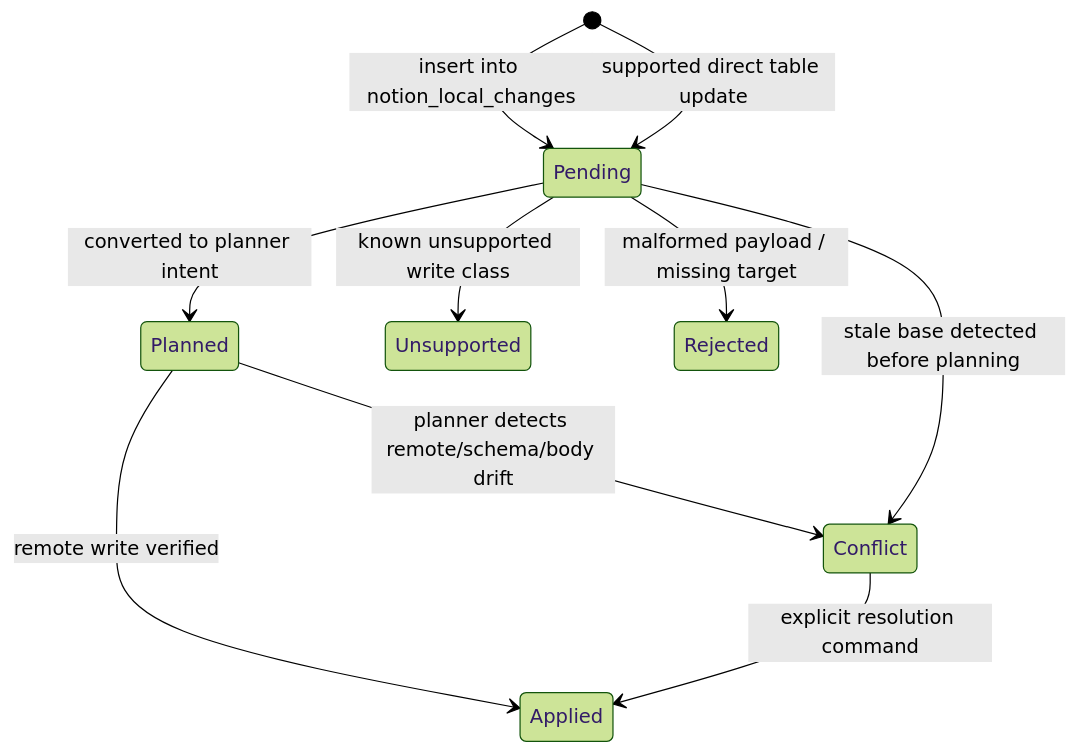
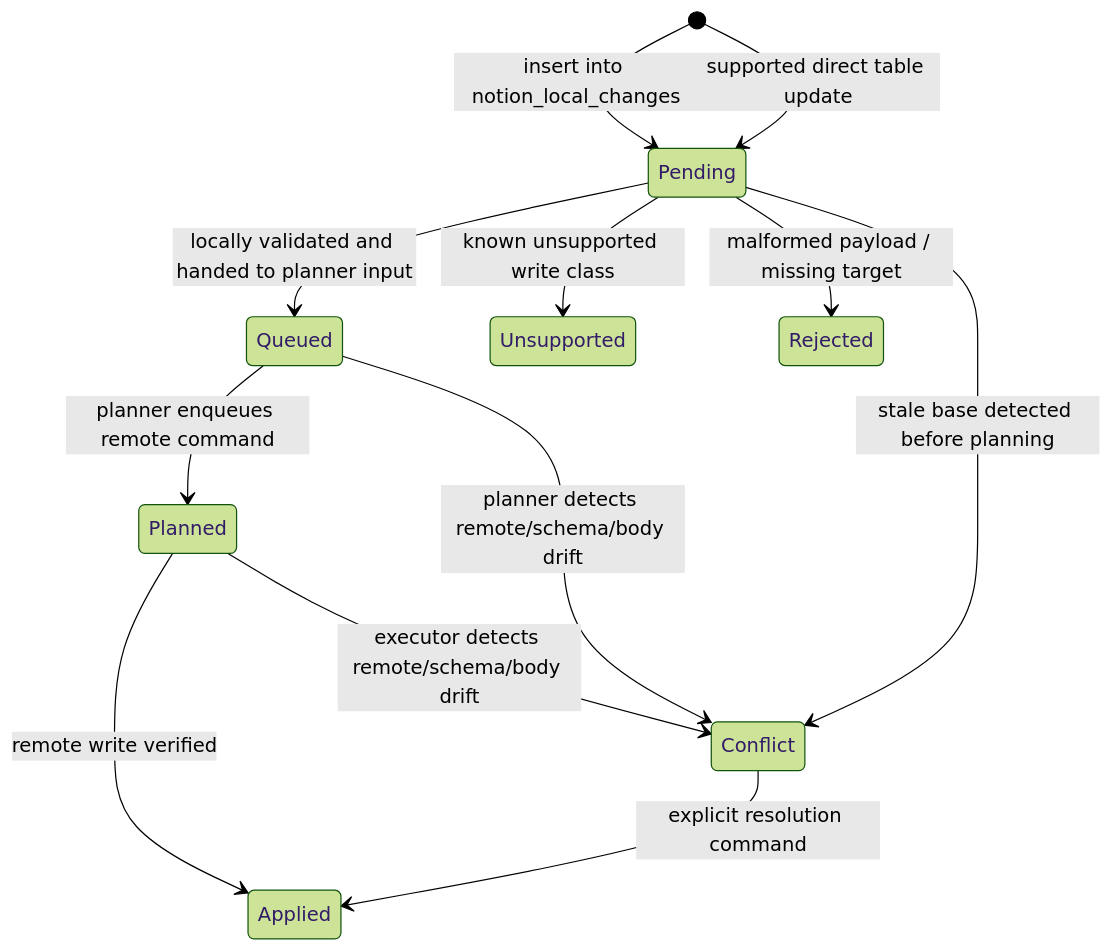
The first of 4 diagrams in packages/@overeng/notion-datasource-sync/docs/vrs/spec.md (overengineeringstudio/effect-utils), drawn with Mermaid (forest theme) before and after one commit. The commit also changed other lines of this file and 6 other files, not shown here.

````diff
--- a/packages/@overeng/notion-datasource-sync/docs/vrs/spec.md
+++ b/packages/@overeng/notion-datasource-sync/docs/vrs/spec.md
@@ -400,12 +380,14 @@
 ```mermaid
 stateDiagram-v2
   [*] --> Pending: insert into notion_local_changes
   [*] --> Pending: supported direct table update
-  Pending --> Planned: converted to planner intent
+  Pending --> Queued: locally validated and handed to planner input
   Pending --> Unsupported: known unsupported write class
   Pending --> Rejected: malformed payload / missing target
   Pending --> Conflict: stale base detected before planning
+  Queued --> Planned: planner enqueues remote command
+  Queued --> Conflict: planner detects remote/schema/body drift
   Planned --> Applied: remote write verified
-  Planned --> Conflict: planner detects remote/schema/body drift
+  Planned --> Conflict: executor detects remote/schema/body drift
   Conflict --> Applied: explicit resolution command
 ```
````
